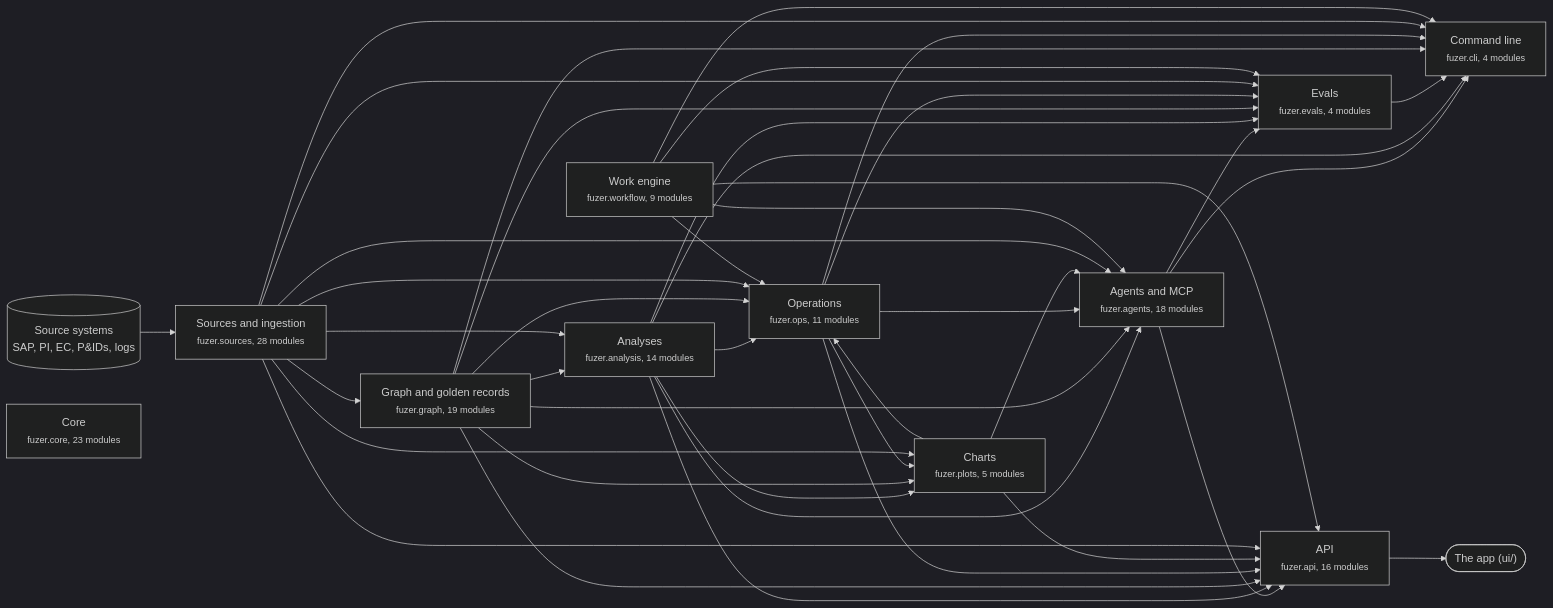
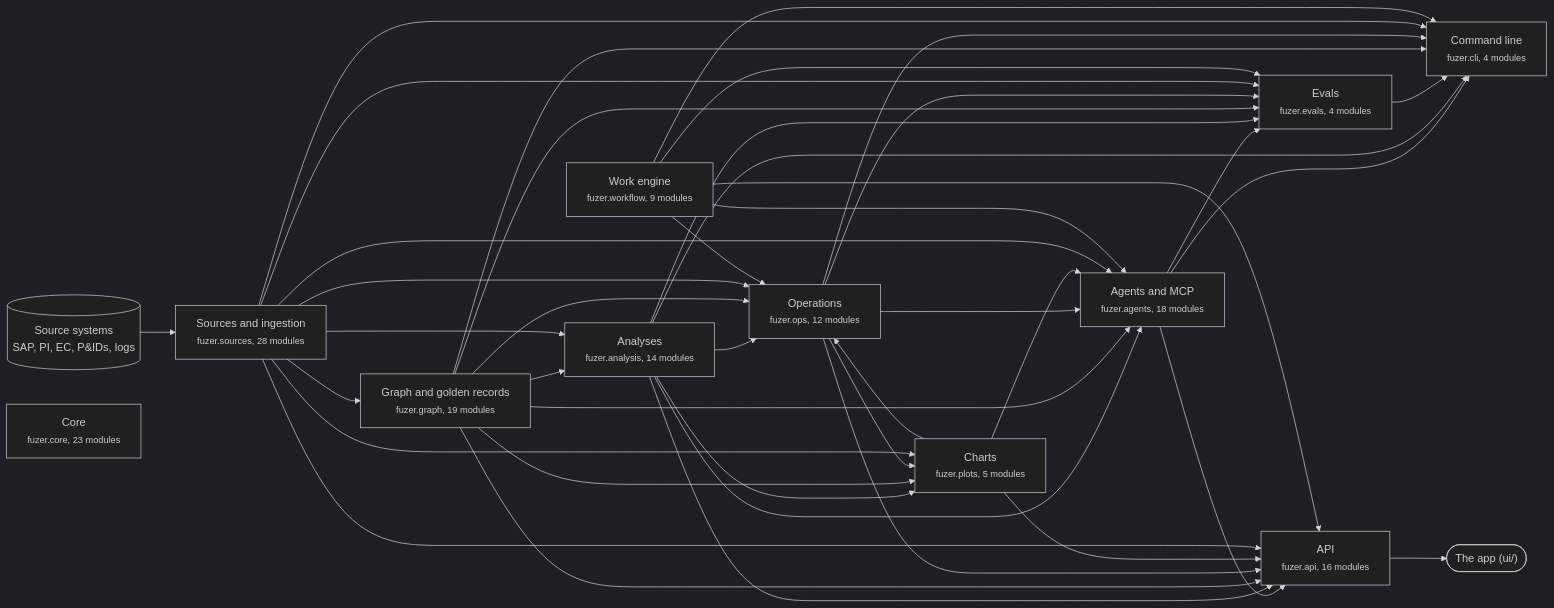
One commit to areed145/fuzer changed the first of 3 diagrams in docs/architecture.md. Above: the diagram before and after it, drawn with Mermaid (dark theme). The commit also changed other lines of this file and 10 other files, not shown here.

````diff
--- a/docs/architecture.md
+++ b/docs/architecture.md
@@ -8,66 +8,66 @@
 ```mermaid
 flowchart LR
   systems[("Source systems<br>SAP, PI, EC, P&IDs, logs")] --> c_sources
   app(["The app (ui/)"])
   c_api --> app
   c_sources["Sources and ingestion<br><small>fuzer.sources, 28 modules</small>"]
   c_graph["Graph and golden records<br><small>fuzer.graph, 19 modules</small>"]
   c_analysis["Analyses<br><small>fuzer.analysis, 14 modules</small>"]
-  c_ops["Operations<br><small>fuzer.ops, 11 modules</small>"]
+  c_ops["Operations<br><small>fuzer.ops, 12 modules</small>"]
   c_plots["Charts<br><small>fuzer.plots, 5 modules</small>"]
   c_workflow["Work engine<br><small>fuzer.workflow, 9 modules</small>"]
   c_agents["Agents and MCP<br><small>fuzer.agents, 18 modules</small>"]
   c_evals["Evals<br><small>fuzer.evals, 4 modules</small>"]
   c_api["API<br><small>fuzer.api, 16 modules</small>"]
   c_cli["Command line<br><small>fuzer.cli, 4 modules</small>"]
   c_core["Core<br><small>fuzer.core, 23 modules</small>"]
   c_sources --> c_graph
   c_graph --> c_analysis
   c_sources --> c_analysis
   c_analysis --> c_ops
   c_graph --> c_ops
   c_plots --> c_ops
   c_sources --> c_ops
   c_workflow --> c_ops
   c_analysis --> c_plots
   c_graph --> c_plots
   c_ops --> c_plots
   c_sources --> c_plots
   c_analysis --> c_agents
   c_graph --> c_agents
   c_ops --> c_agents
   c_plots --> c_agents
   c_sources --> c_agents
   c_workflow --> c_agents
   c_agents --> c_evals
   c_analysis --> c_evals
   c_graph --> c_evals
   c_ops --> c_evals
   c_sources --> c_evals
   c_workflow --> c_evals
   c_agents --> c_api
   c_analysis --> c_api
   c_graph --> c_api
   c_ops --> c_api
   c_plots --> c_api
   c_sources --> c_api
   c_workflow --> c_api
   c_agents --> c_cli
   c_analysis --> c_cli
   c_evals --> c_cli
   c_graph --> c_cli
   c_ops --> c_cli
   c_sources --> c_cli
   c_workflow --> c_cli
   click c_sources "https://github.com/areed145/fuzer/tree/main/src/fuzer/sources"
   click c_graph "https://github.com/areed145/fuzer/tree/main/src/fuzer/graph"
   click c_analysis "https://github.com/areed145/fuzer/tree/main/src/fuzer/analysis"
   click c_ops "https://github.com/areed145/fuzer/tree/main/src/fuzer/ops"
   click c_plots "https://github.com/areed145/fuzer/tree/main/src/fuzer/plots"
   click c_workflow "https://github.com/areed145/fuzer/tree/main/src/fuzer/workflow"
   click c_agents "https://github.com/areed145/fuzer/tree/main/src/fuzer/agents"
   click c_evals "https://github.com/areed145/fuzer/tree/main/src/fuzer/evals"
   click c_api "https://github.com/areed145/fuzer/tree/main/src/fuzer/api"
   click c_cli "https://github.com/areed145/fuzer/tree/main/src/fuzer/cli"
   click c_core "https://github.com/areed145/fuzer/tree/main/src/fuzer/core"
 ```
````
